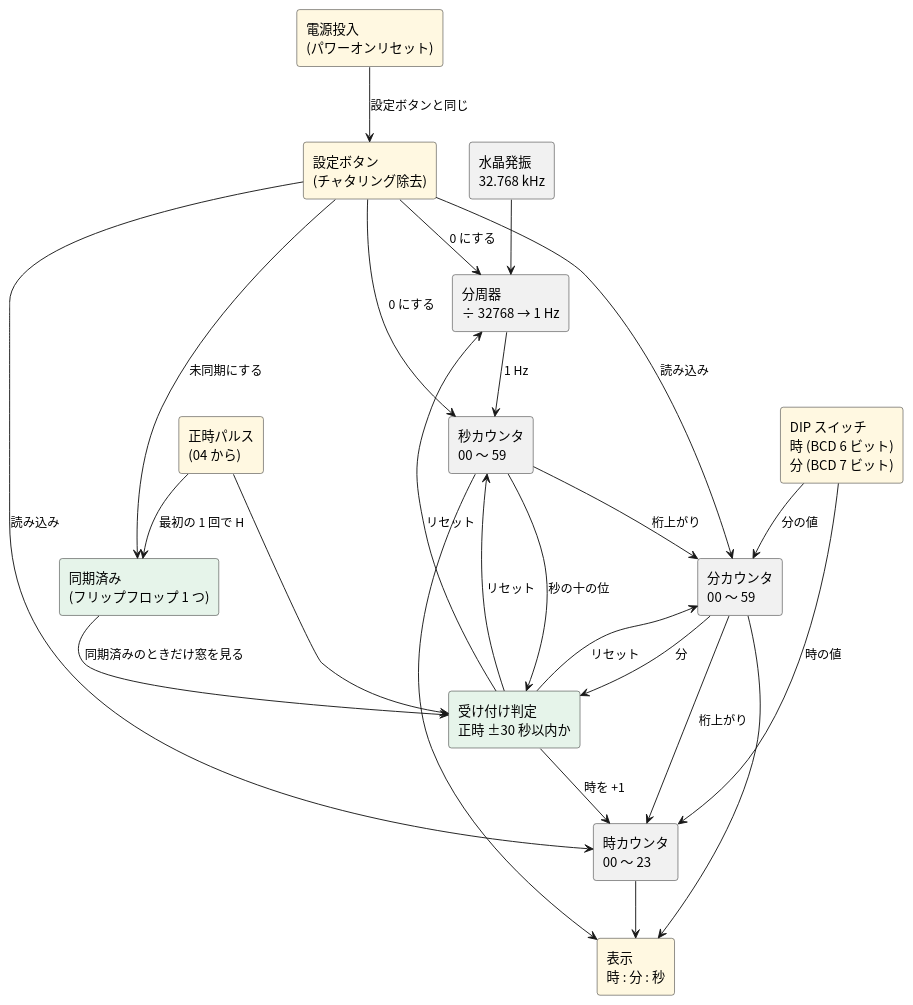
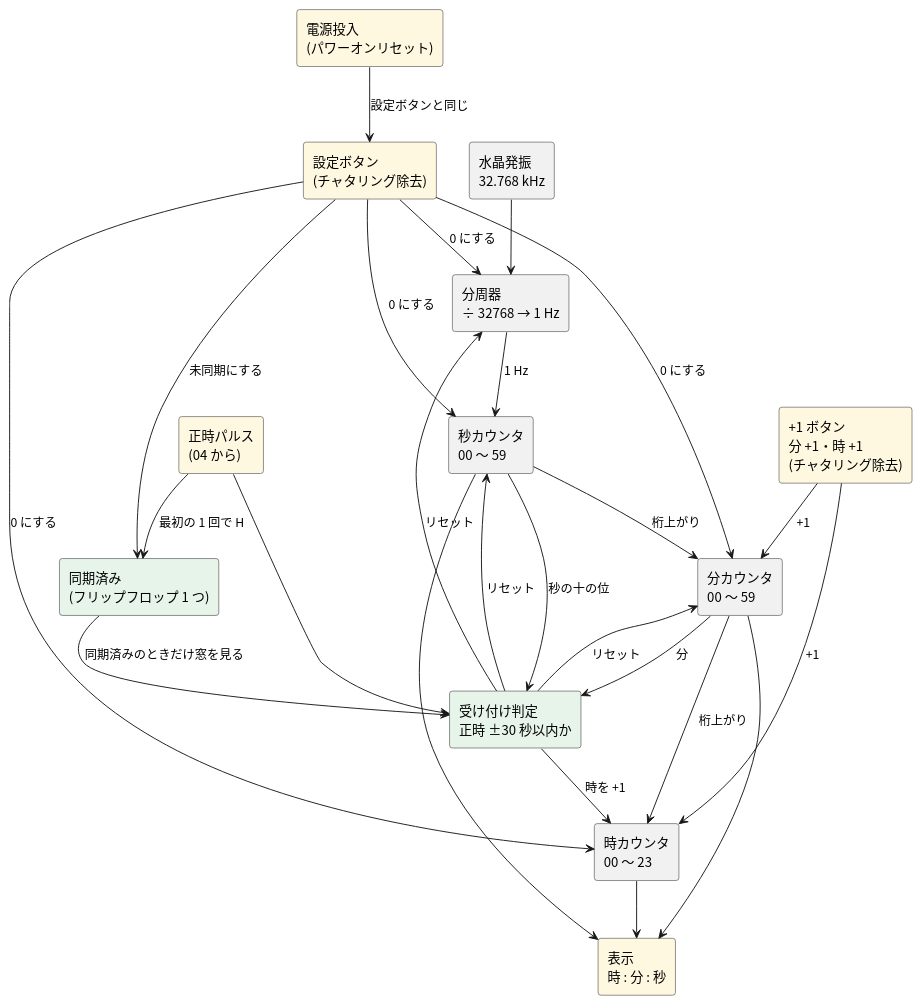
Before and after one commit to tommie-jp/tommie-circuit-workbook: the diagram in 05-etc/02-radio-clock/07-clock.md, drawn with PlantUML. The commit also changed other lines of this file and 4 other files, not shown here.

First line of the commit message:
docs: 2-7 時計の時刻の入力を DIP スイッチから +1 ボタン (分・時) に替える

````diff
--- a/05-etc/02-radio-clock/07-clock.md
+++ b/05-etc/02-radio-clock/07-clock.md
@@ -28,48 +28,48 @@
 ```plantuml
 @startuml
 top to bottom direction
 skinparam shadowing false
 skinparam defaultFontName "Noto Sans CJK JP"
 skinparam rectangle {
   RoundCorner 6
 }
 
 rectangle "水晶発振\n32.768 kHz" as XTAL
 rectangle "分周器\n÷ 32768 → 1 Hz" as DIV
 rectangle "秒カウンタ\n00 〜 59" as SEC
 rectangle "分カウンタ\n00 〜 59" as MIN
 rectangle "時カウンタ\n00 〜 23" as HOUR
 rectangle "表示\n時 : 分 : 秒" as DISP #FFF8E1
 rectangle "受け付け判定\n正時 ±30 秒以内か" as GATE #E6F4EA
 rectangle "正時パルス\n(04 から)" as PULSE #FFF8E1
 rectangle "同期済み\n(フリップフロップ 1 つ)" as SYNC #E6F4EA
-rectangle "DIP スイッチ\n時 (BCD 6 ビット)\n分 (BCD 7 ビット)" as DIP #FFF8E1
+rectangle "+1 ボタン\n分 +1・時 +1\n(チャタリング除去)" as PLUS #FFF8E1
 rectangle "設定ボタン\n(チャタリング除去)" as SET #FFF8E1
 rectangle "電源投入\n(パワーオンリセット)" as POR #FFF8E1
 
 XTAL --> DIV
 DIV --> SEC : 1 Hz
 SEC --> MIN : 桁上がり
 MIN --> HOUR : 桁上がり
 SEC --> DISP
 MIN --> DISP
 HOUR --> DISP
 PULSE --> GATE
 PULSE --> SYNC : 最初の 1 回で H
 SYNC --> GATE : 同期済みのときだけ窓を見る
 POR --> SET : 設定ボタンと同じ
-DIP --> HOUR : 時の値
-DIP --> MIN : 分の値
-SET --> HOUR : 読み込み
-SET --> MIN : 読み込み
+PLUS --> HOUR : +1
+PLUS --> MIN : +1
+SET --> HOUR : 0 にする
+SET --> MIN : 0 にする
 SET --> SEC : 0 にする
 SET --> DIV : 0 にする
 SET --> SYNC : 未同期にする
 MIN --> GATE : 分
 SEC --> GATE : 秒の十の位
 GATE --> DIV : リセット
 GATE --> SEC : リセット
 GATE --> MIN : リセット
 GATE --> HOUR : 時を +1
 @enduml
 ```
````
